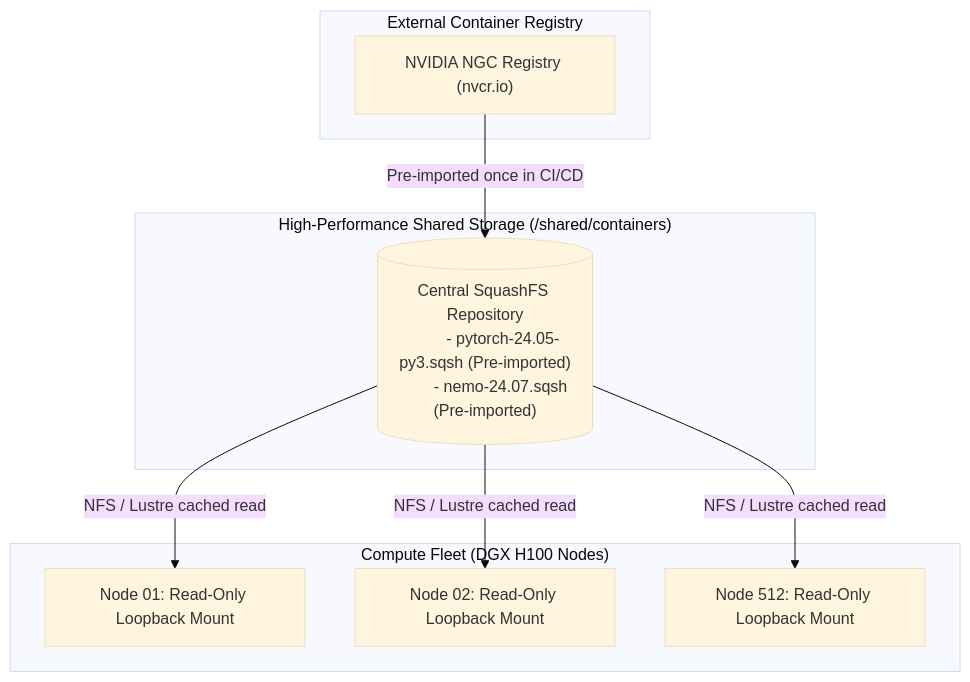
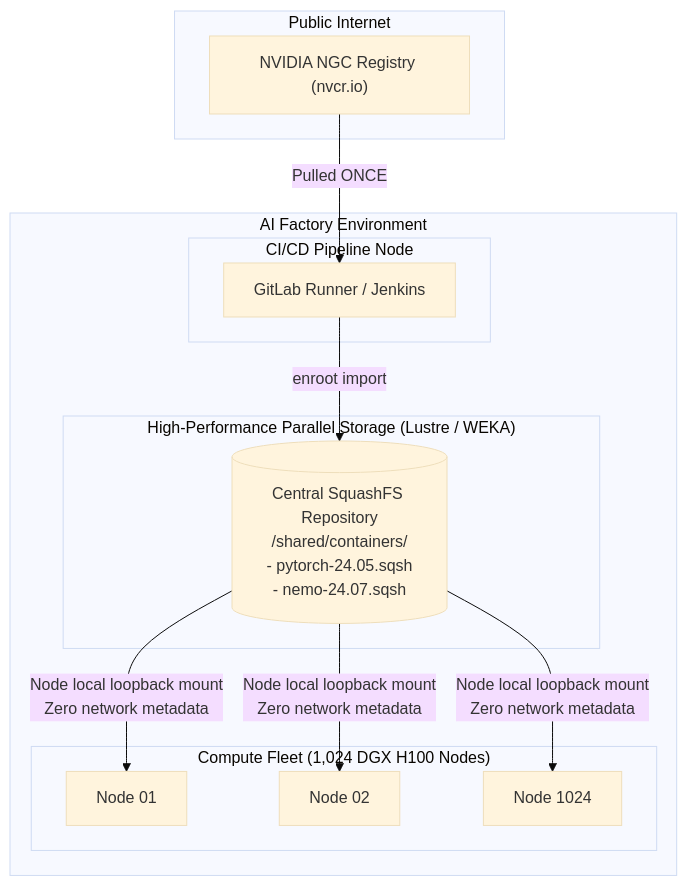
The fourth of 4 diagrams in docs/volume-10/08-enroot-and-pyxis-containers-for-hpc.md (jithinpnjm/nvidia-devops), drawn with Mermaid (base theme) before and after one commit. The commit also changed other lines of this file and 11 other files, not shown here.

````diff
--- a/docs/volume-10/08-enroot-and-pyxis-containers-for-hpc.md
+++ b/docs/volume-10/08-enroot-and-pyxis-containers-for-hpc.md
@@ -99,23 +361,34 @@
 ```mermaid
 flowchart TD
-    subgraph Registry["External Container Registry"]
+    subgraph External_World ["Public Internet"]
         NVCR["NVIDIA NGC Registry (nvcr.io)"]
     end
 
-    subgraph ParallelFS["High-Performance Shared Storage (/shared/containers)"]
-        SQUASH_REPO[("Central SquashFS Repository
-        - pytorch-24.05-py3.sqsh (Pre-imported)
-        - nemo-24.07.sqsh (Pre-imported)")]
+    subgraph Data_Center ["AI Factory Environment"]
+        subgraph Storage_Tier ["High-Performance Parallel Storage (Lustre / WEKA)"]
+            SQUASH_REPO[("Central SquashFS Repository
+/shared/containers/
+- pytorch-24.05.sqsh
+- nemo-24.07.sqsh")]
+        end
+
+        subgraph CI_CD ["CI/CD Pipeline Node"]
+            JENKINS["GitLab Runner / Jenkins"]
+            JENKINS -->|enroot import| SQUASH_REPO
+        end
+
+        subgraph Compute_Tier ["Compute Fleet (1,024 DGX H100 Nodes)"]
+            NODE1["Node 01"]
+            NODE2["Node 02"]
+            NODE1024["Node 1024"]
+        end
+
+        NVCR -->|Pulled ONCE| JENKINS
+        SQUASH_REPO -->|Node local loopback mount
+Zero network metadata| NODE1
+        SQUASH_REPO -->|Node local loopback mount
+Zero network metadata| NODE2
+        SQUASH_REPO -->|Node local loopback mount
+Zero network metadata| NODE1024
     end
-
-    subgraph ComputeNodes["Compute Fleet (DGX H100 Nodes)"]
-        NODE1["Node 01: Read-Only Loopback Mount"]
-        NODE2["Node 02: Read-Only Loopback Mount"]
-        NODE512["Node 512: Read-Only Loopback Mount"]
-    end
-
-    NVCR -->|Pre-imported once in CI/CD| SQUASH_REPO
-    SQUASH_REPO -->|NFS / Lustre cached read| NODE1
-    SQUASH_REPO -->|NFS / Lustre cached read| NODE2
-    SQUASH_REPO -->|NFS / Lustre cached read| NODE512
 ```
````
